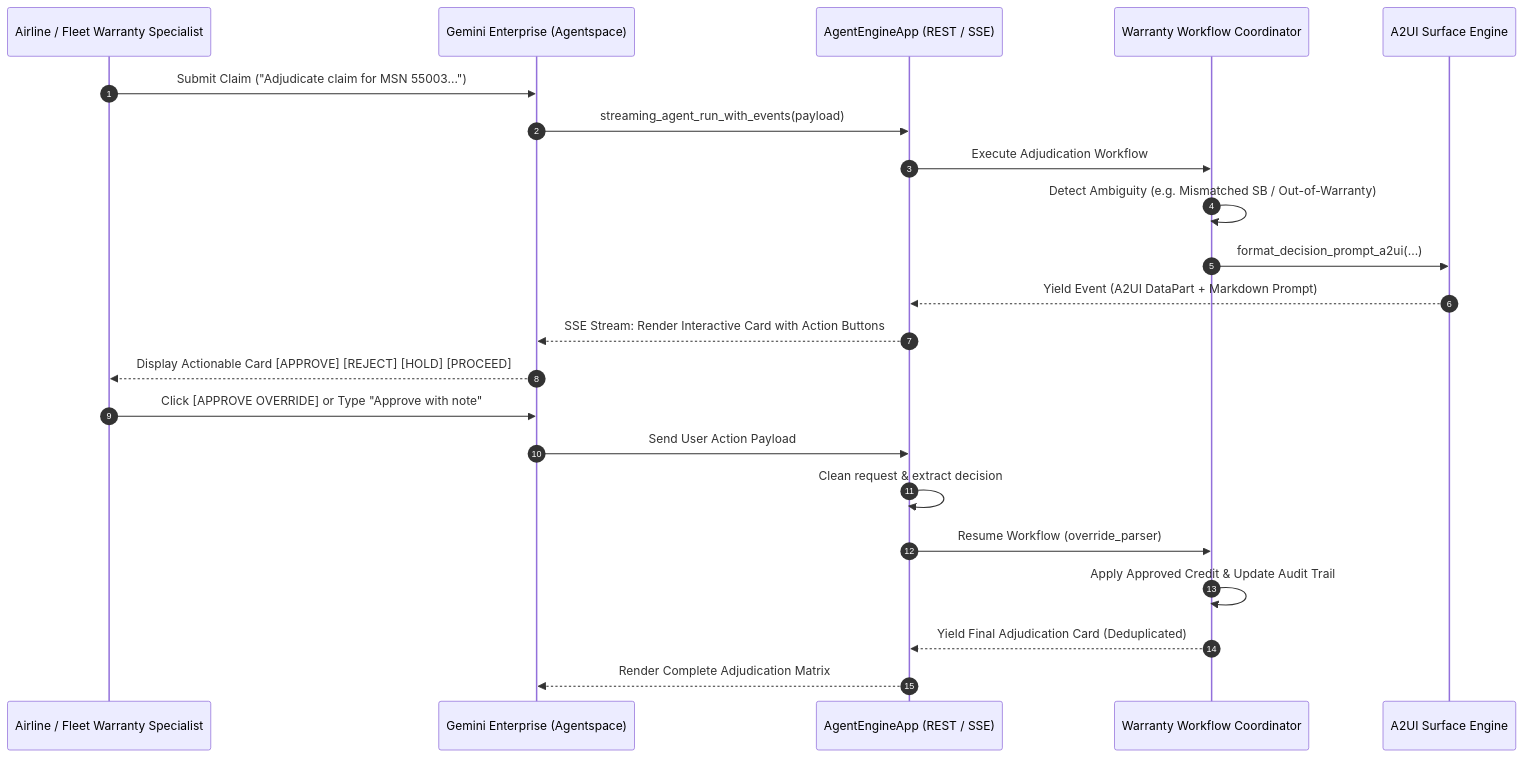
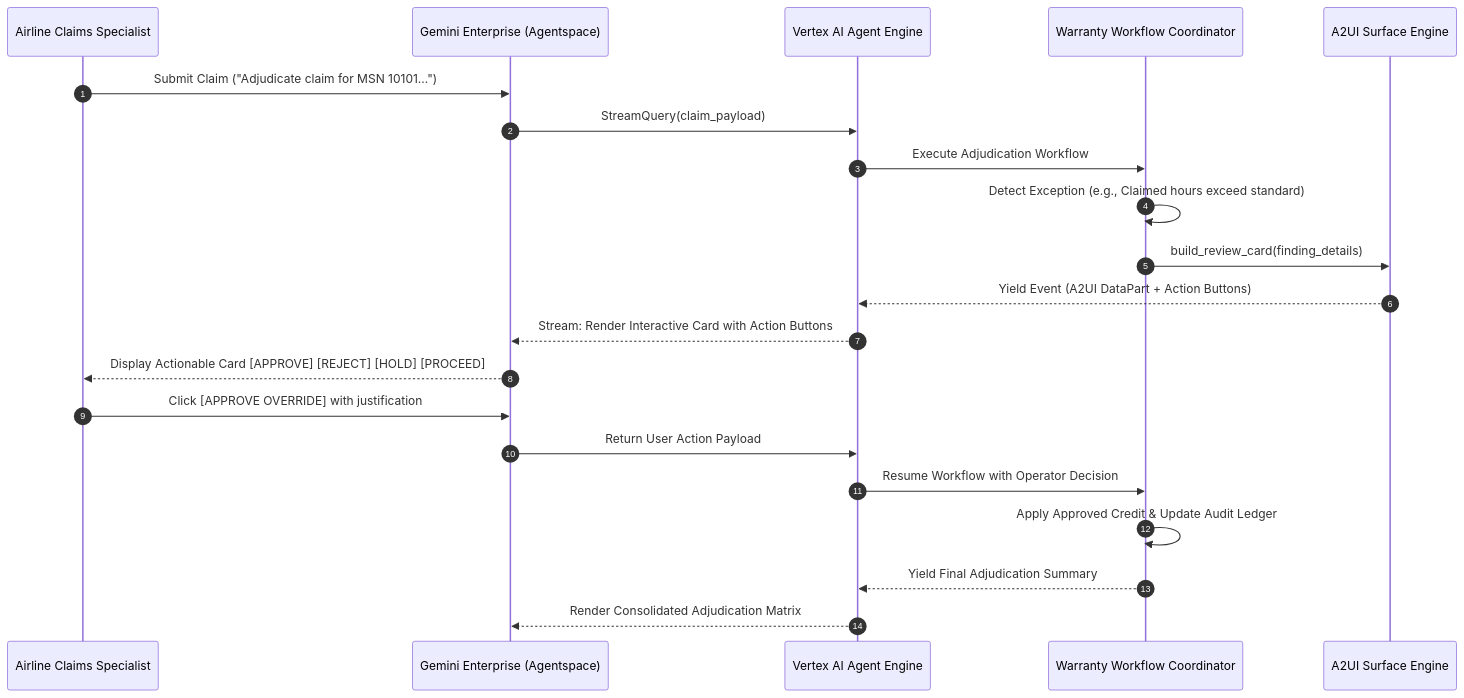
One commit to julius-dev-google/ce-enterprise-blueprint-docs changed the second of 2 diagrams in examples/aircraft-aerospace-agents/AEROSPACE_WARRANTY_ADJUDICATION_BLUEPRINT.md. Above: the diagram before and after it, drawn with Mermaid. The commit also changed other lines of this file and 9 other files, not shown here.

````diff
--- a/examples/aircraft-aerospace-agents/AEROSPACE_WARRANTY_ADJUDICATION_BLUEPRINT.md
+++ b/examples/aircraft-aerospace-agents/AEROSPACE_WARRANTY_ADJUDICATION_BLUEPRINT.md
@@ -118,25 +111,24 @@
 ```mermaid
 sequenceDiagram
     autonumber
-    participant Op as Airline / Fleet Warranty Specialist
+    participant Op as Airline Claims Specialist
     participant GE as Gemini Enterprise (Agentspace)
-    participant RT as AgentEngineApp (REST / SSE)
+    participant RT as Vertex AI Agent Engine
     participant WF as Warranty Workflow Coordinator
     participant A2UI as A2UI Surface Engine
 
-    Op->>GE: Submit Claim ("Adjudicate claim for MSN 55003...")
-    GE->>RT: streaming_agent_run_with_events(payload)
+    Op->>GE: Submit Claim ("Adjudicate claim for MSN 10101...")
+    GE->>RT: StreamQuery(claim_payload)
     RT->>WF: Execute Adjudication Workflow
-    WF->>WF: Detect Ambiguity (e.g. Mismatched SB / Out-of-Warranty)
-    WF->>A2UI: format_decision_prompt_a2ui(...)
-    A2UI-->>RT: Yield Event (A2UI DataPart + Markdown Prompt)
-    RT-->>GE: SSE Stream: Render Interactive Card with Action Buttons
+    WF->>WF: Detect Exception (e.g., Claimed hours exceed standard)
+    WF->>A2UI: build_review_card(finding_details)
+    A2UI-->>RT: Yield Event (A2UI DataPart + Action Buttons)
+    RT-->>GE: Stream: Render Interactive Card with Action Buttons
     GE-->>Op: Display Actionable Card [APPROVE] [REJECT] [HOLD] [PROCEED]
-    Op->>GE: Click [APPROVE OVERRIDE] or Type "Approve with note"
-    GE->>RT: Send User Action Payload
-    RT->>RT: Clean request & extract decision
-    RT->>WF: Resume Workflow (override_parser)
-    WF->>WF: Apply Approved Credit & Update Audit Trail
-    WF-->>RT: Yield Final Adjudication Card (Deduplicated)
-    RT-->>GE: Render Complete Adjudication Matrix
+    Op->>GE: Click [APPROVE OVERRIDE] with justification
+    GE->>RT: Return User Action Payload
+    RT->>WF: Resume Workflow with Operator Decision
+    WF->>WF: Apply Approved Credit & Update Audit Ledger
+    WF-->>RT: Yield Final Adjudication Summary
+    RT-->>GE: Render Consolidated Adjudication Matrix
 ```
````
